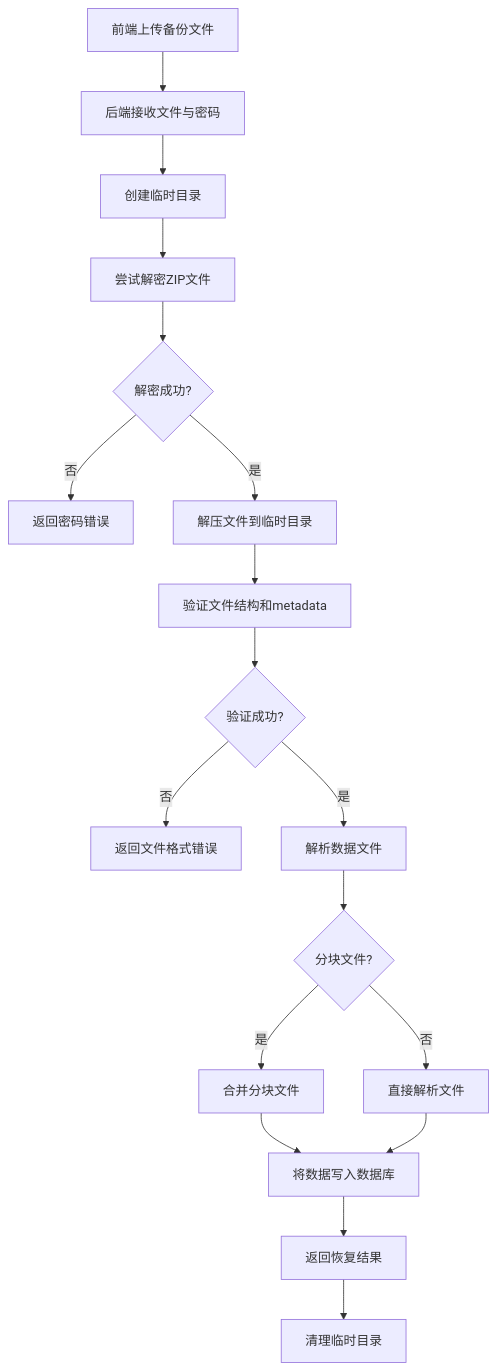
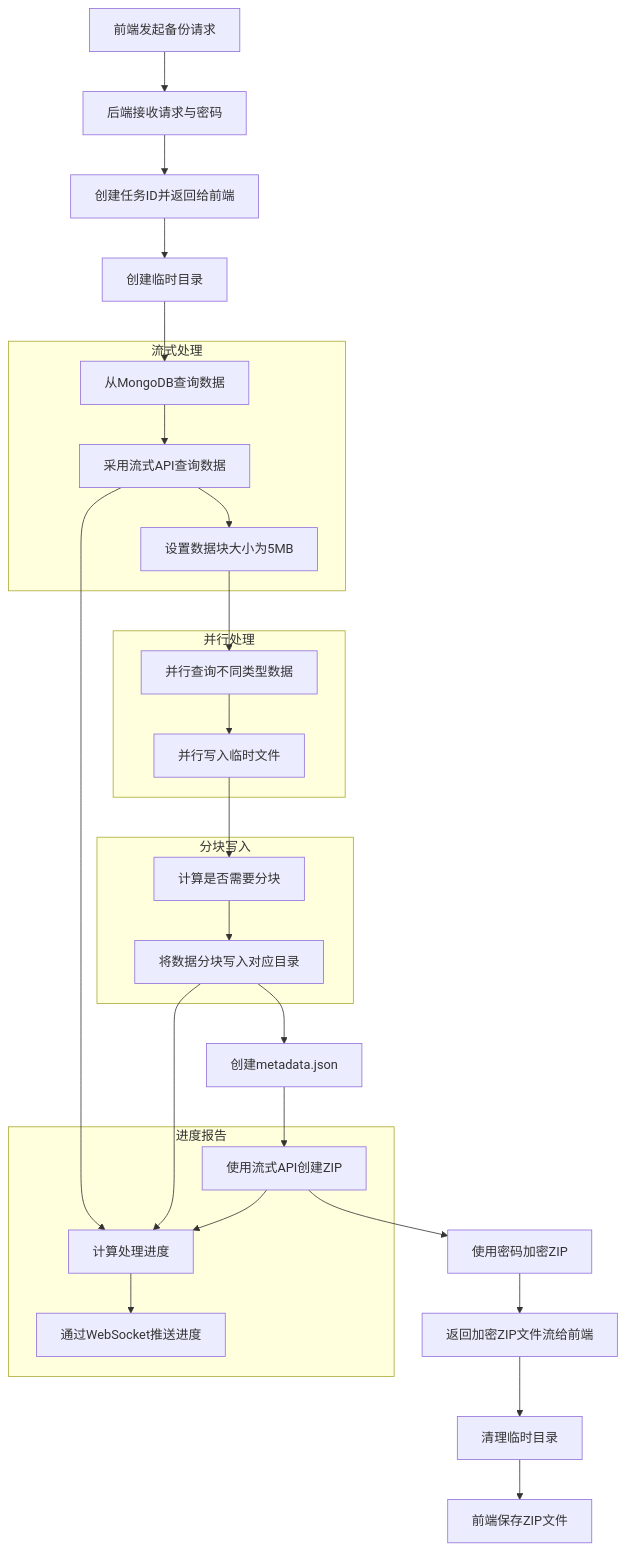
The diagram in all/未命名-61.md (yingjianzh/iodraw-files), drawn with Mermaid before and after one commit.

Commit message:
2025-05-15 16:30:02 update

````diff
--- a/all/未命名-61.md
+++ b/all/未命名-61.md
@@ -1,20 +1,37 @@
 ```mermaid
 flowchart TD
-    A[前端上传备份文件] --> B[后端接收文件与密码]
-    B --> C[创建临时目录]
-    C --> D[尝试解密ZIP文件]
-    D --> E{解密成功?}
-    E -->|否| F[返回密码错误]
-    E -->|是| G[解压文件到临时目录]
-    G --> H[验证文件结构和metadata]
-    H --> I{验证成功?}
-    I -->|否| J[返回文件格式错误]
-    I -->|是| K[解析数据文件]
-    K --> L{分块文件?}
-    L -->|是| M[合并分块文件]
-    L -->|否| N[直接解析文件]
-    M --> O[将数据写入数据库]
-    N --> O
-    O --> P[返回恢复结果]
-    P --> Q[清理临时目录]
+    A[前端发起备份请求] --> B[后端接收请求与密码]
+    B --> C[创建任务ID并返回给前端]
+    C --> D[创建临时目录]
+    D --> E[从MongoDB查询数据]
+    
+    subgraph 流式处理
+      E --> F[采用流式API查询数据]
+      F --> G[设置数据块大小为5MB]
+    end
+    
+    subgraph 并行处理
+      G --> H[并行查询不同类型数据]
+      H --> I[并行写入临时文件]
+    end
+    
+    subgraph 分块写入
+      I --> J[计算是否需要分块]
+      J --> K[将数据分块写入对应目录]
+    end
+    
+    K --> L[创建metadata.json]
+    L --> M[使用流式API创建ZIP]
+    M --> N[使用密码加密ZIP]
+    
+    subgraph 进度报告
+      F --> O[计算处理进度]
+      K --> O
+      M --> O
+      O --> P[通过WebSocket推送进度]
+    end
+    
+    N --> Q[返回加密ZIP文件流给前端]
+    Q --> R[清理临时目录]
+    R --> S[前端保存ZIP文件]
 ```
````
